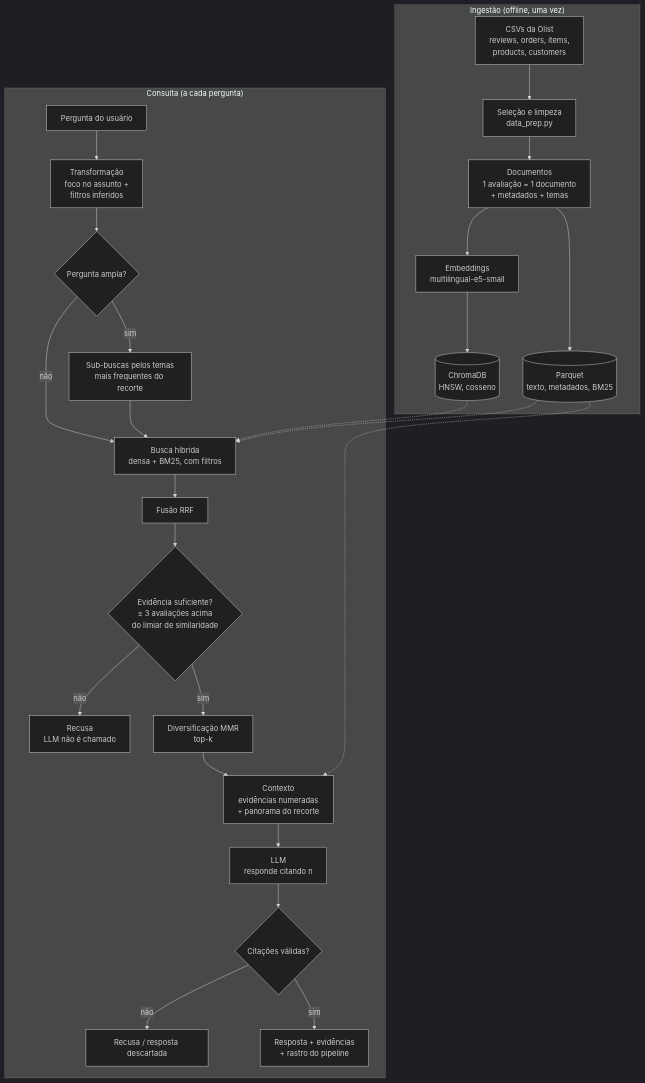
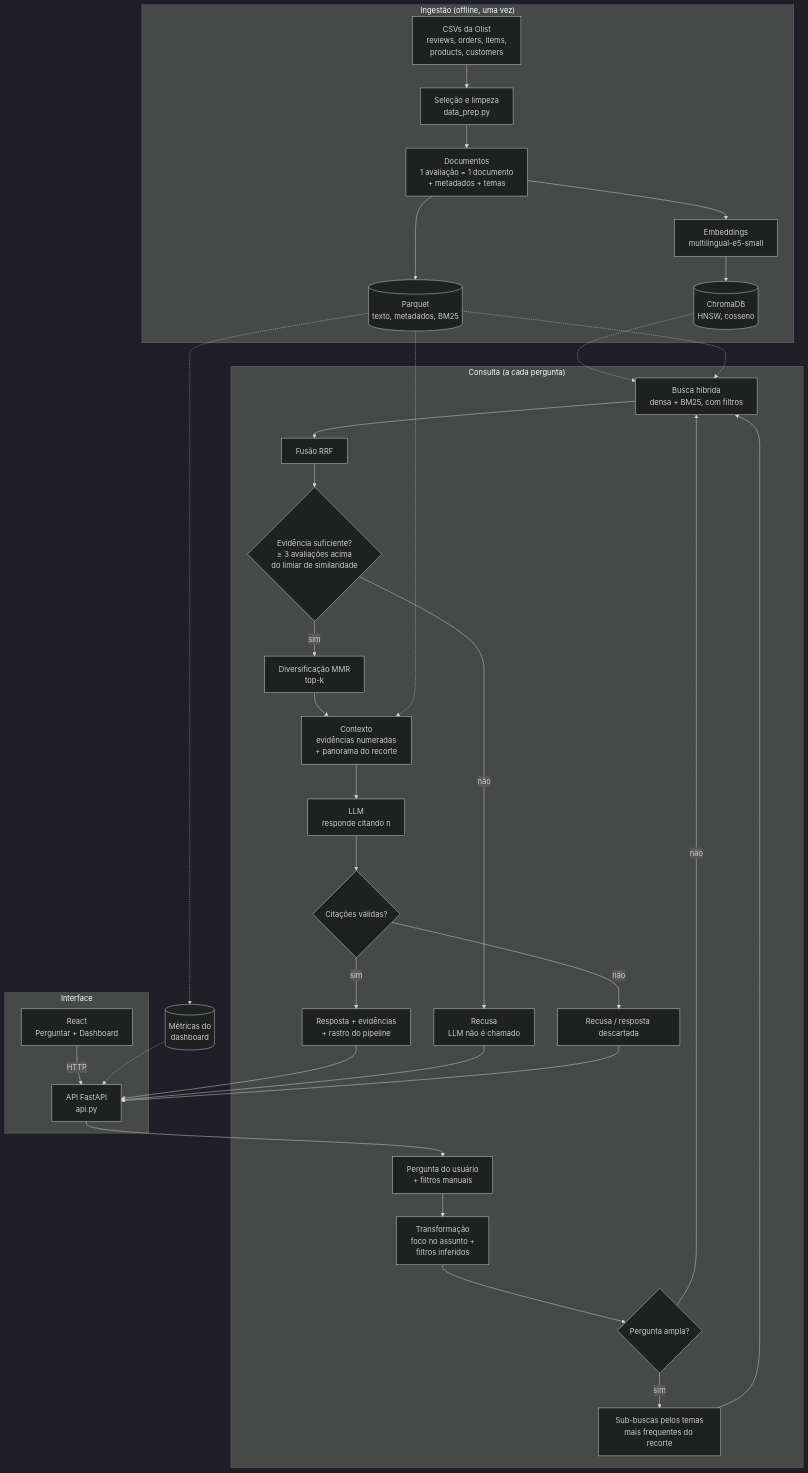
The diagram in README.md (Wanderluzter/tech-challenge-4), drawn with Mermaid (dark theme) before and after one commit. The commit also changed other lines of this file and 7 other files, not shown here.

First line of the commit message:
Avaliação com Gemini, roteiro para a interface React e documentação atualizada

````diff
--- a/README.md
+++ b/README.md
@@ -33,31 +33,41 @@
 ```mermaid
 flowchart TD
     subgraph Ingestão ["Ingestão (offline, uma vez)"]
         A[CSVs da Olist<br/>reviews, orders, items,<br/>products, customers] --> B[Seleção e limpeza<br/>data_prep.py]
         B --> C[Documentos<br/>1 avaliação = 1 documento<br/>+ metadados + temas]
         C --> D[Embeddings<br/>multilingual-e5-small]
         D --> E[(ChromaDB<br/>HNSW, cosseno)]
         C --> F[(Parquet<br/>texto, metadados, BM25)]
     end
 
+    subgraph Interface ["Interface"]
+        W[React<br/>Perguntar + Dashboard] -- HTTP --> API[API FastAPI<br/>api.py]
+    end
+
     subgraph Consulta ["Consulta (a cada pergunta)"]
-        Q[Pergunta do usuário] --> T[Transformação<br/>foco no assunto +<br/>filtros inferidos]
+        Q[Pergunta do usuário<br/>+ filtros manuais] --> T[Transformação<br/>foco no assunto +<br/>filtros inferidos]
         T --> X{Pergunta ampla?}
         X -- sim --> S[Sub-buscas pelos temas<br/>mais frequentes do recorte]
         X -- não --> R
         S --> R[Busca híbrida<br/>densa + BM25, com filtros]
         R --> U[Fusão RRF]
         U --> G{Evidência suficiente?<br/>≥ 3 avaliações acima<br/>do limiar de similaridade}
         G -- não --> N[Recusa<br/>LLM não é chamado]
         G -- sim --> M[Diversificação MMR<br/>top-k]
         M --> P[Contexto<br/>evidências numeradas<br/>+ panorama do recorte]
         P --> L[LLM<br/>responde citando n]
         L --> V{Citações válidas?}
         V -- não --> N2[Recusa / resposta descartada]
         V -- sim --> O[Resposta + evidências<br/>+ rastro do pipeline]
     end
 
+    API --> Q
+    O --> API
+    N --> API
+    N2 --> API
     E -.-> R
     F -.-> R
     F -.-> P
+    F -.-> D2[(Métricas do<br/>dashboard)]
+    D2 -.-> API
 ```
````
